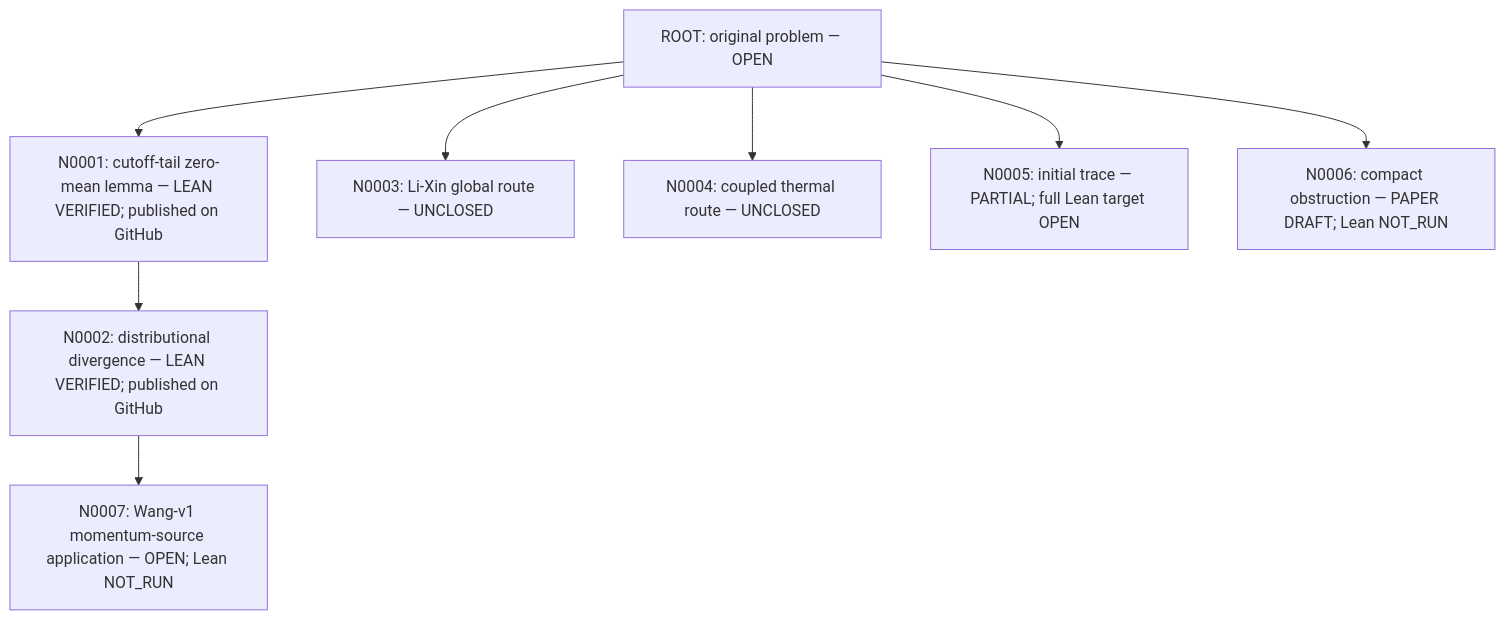
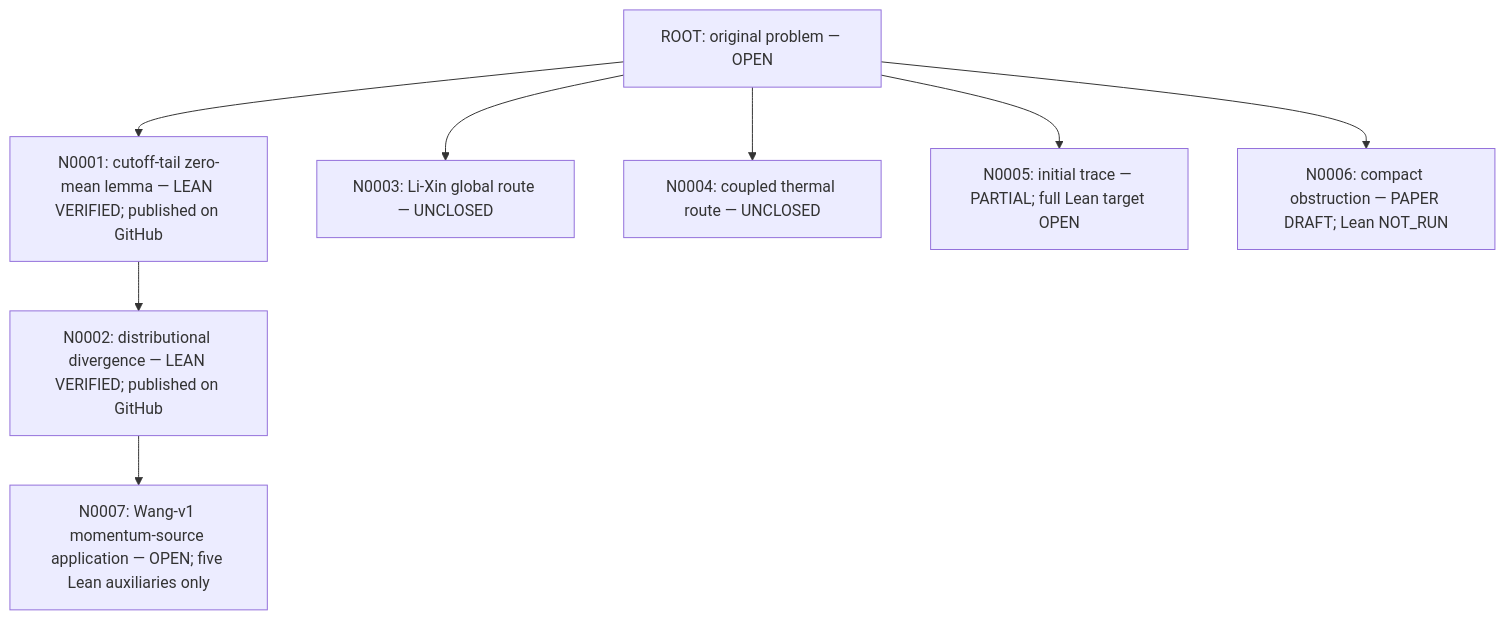
The diagram in README.md (SongXin2357/xiong-fns-general-vacuum), drawn with Mermaid before and after one commit. The commit also changed 70 other files, not shown here.

Commit message:
Advance N0007 source audit and Lean auxiliaries; keep gate open

````diff
--- a/README.md
+++ b/README.md
@@ -9,10 +9,10 @@
 ```mermaid
 flowchart TD
  ROOT["ROOT: original problem — OPEN"] --> N0001["N0001: cutoff-tail zero-mean lemma — LEAN VERIFIED; published on GitHub"]
  N0001 --> N0002["N0002: distributional divergence — LEAN VERIFIED; published on GitHub"]
- N0002 --> N0007["N0007: Wang-v1 momentum-source application — OPEN; Lean NOT_RUN"]
+ N0002 --> N0007["N0007: Wang-v1 momentum-source application — OPEN; five Lean auxiliaries only"]
  ROOT --> N0003["N0003: Li-Xin global route — UNCLOSED"]
  ROOT --> N0004["N0004: coupled thermal route — UNCLOSED"]
  ROOT --> N0005["N0005: initial trace — PARTIAL; full Lean target OPEN"]
  ROOT --> N0006["N0006: compact obstruction — PAPER DRAFT; Lean NOT_RUN"]
 ```
````
